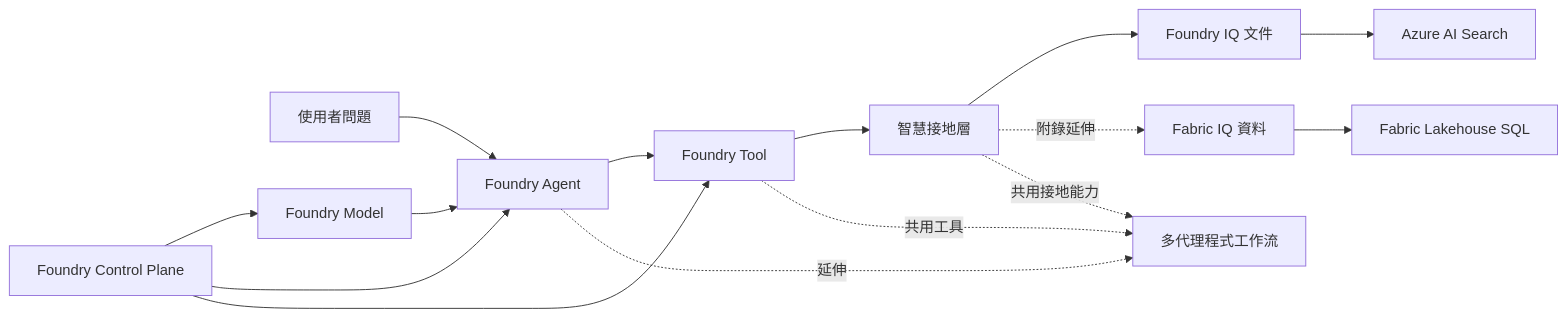
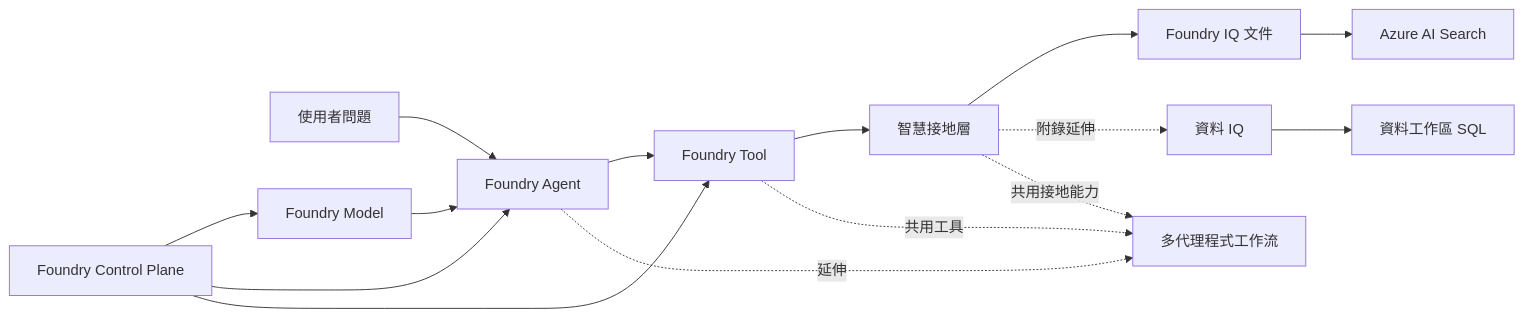
One commit to payton-chou-ms/e2e-ms-foundry-workshop changed the diagram in workshop/docs/03-understand/index.md. Above: the diagram before and after it, drawn with Mermaid. The commit also changed other lines of this file and 32 other files, not shown here.

````diff
--- a/workshop/docs/03-understand/index.md
+++ b/workshop/docs/03-understand/index.md
@@ -24,17 +24,17 @@
 ```mermaid
 flowchart LR
     U[使用者問題] --> A[Foundry Agent]
     C[Foundry Control Plane] --> M[Foundry Model]
     C --> A
     C --> T[Foundry Tool]
     M --> A
     A --> T
     T --> IQ[智慧接地層]
     IQ --> FIQ[Foundry IQ 文件]
     FIQ --> S[Azure AI Search]
-    IQ -. 附錄延伸 .-> DB[Fabric IQ 資料]
-    DB --> L[Fabric Lakehouse SQL]
+    IQ -. 附錄延伸 .-> DB[資料 IQ]
+    DB --> L[資料工作區 SQL]
     A -. 延伸 .-> MA[多代理程式工作流]
     T -. 共用工具 .-> MA
     IQ -. 共用接地能力 .-> MA
 ```
````
